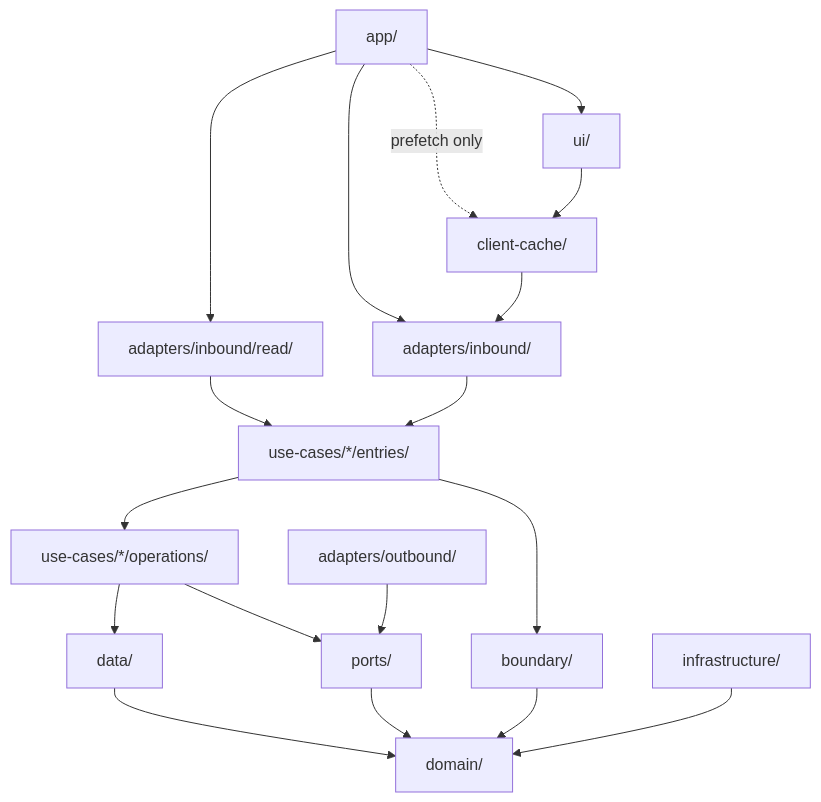
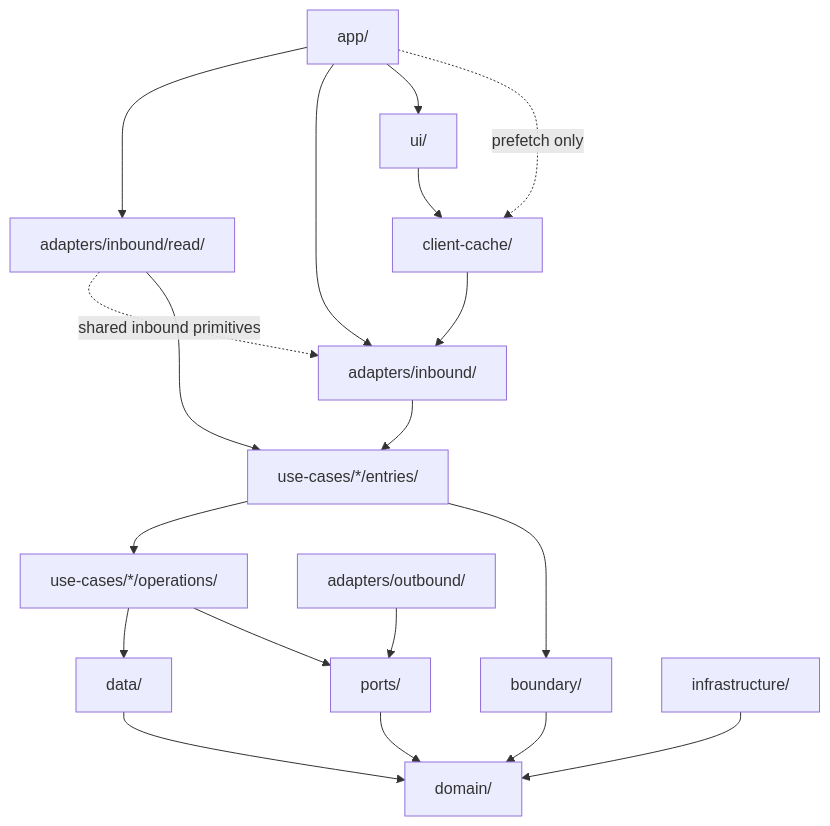
The second of 3 diagrams in docs/architecture-contract.md (clicktronix/nextjs-clean-skills), drawn with Mermaid before and after one commit. The commit also changed other lines of this file and 15 other files, not shown here.

Commit message:
Fix architecture contract review findings

````diff
--- a/docs/architecture-contract.md
+++ b/docs/architecture-contract.md
@@ -76,22 +78,23 @@
 ```mermaid
 flowchart TB
   accTitle: Main compile-time dependency direction
   accDescr: Framework and browser layers call inward through inbound entries, declarations, operations, data or ports, and domain.
   App["app/"] --> Read["adapters/inbound/read/"]
   App --> Inbound["adapters/inbound/"]
   App --> UI["ui/"]
   App -. "prefetch only" .-> ClientCache["client-cache/"]
   UI --> ClientCache
   ClientCache --> Inbound
+  Read -. "shared inbound primitives" .-> Inbound
   Read --> Entry["use-cases/*/entries/"]
   Inbound --> Entry
   Entry --> Operation["use-cases/*/operations/"]
   Entry --> Boundary["boundary/"]
   Operation --> Data["data/"]
   Operation --> Ports["ports/"]
   Outbound["adapters/outbound/"] --> Ports
   Data --> Domain["domain/"]
   Ports --> Domain
   Boundary --> Domain
   Infrastructure["infrastructure/"] --> Domain
 ```
````
